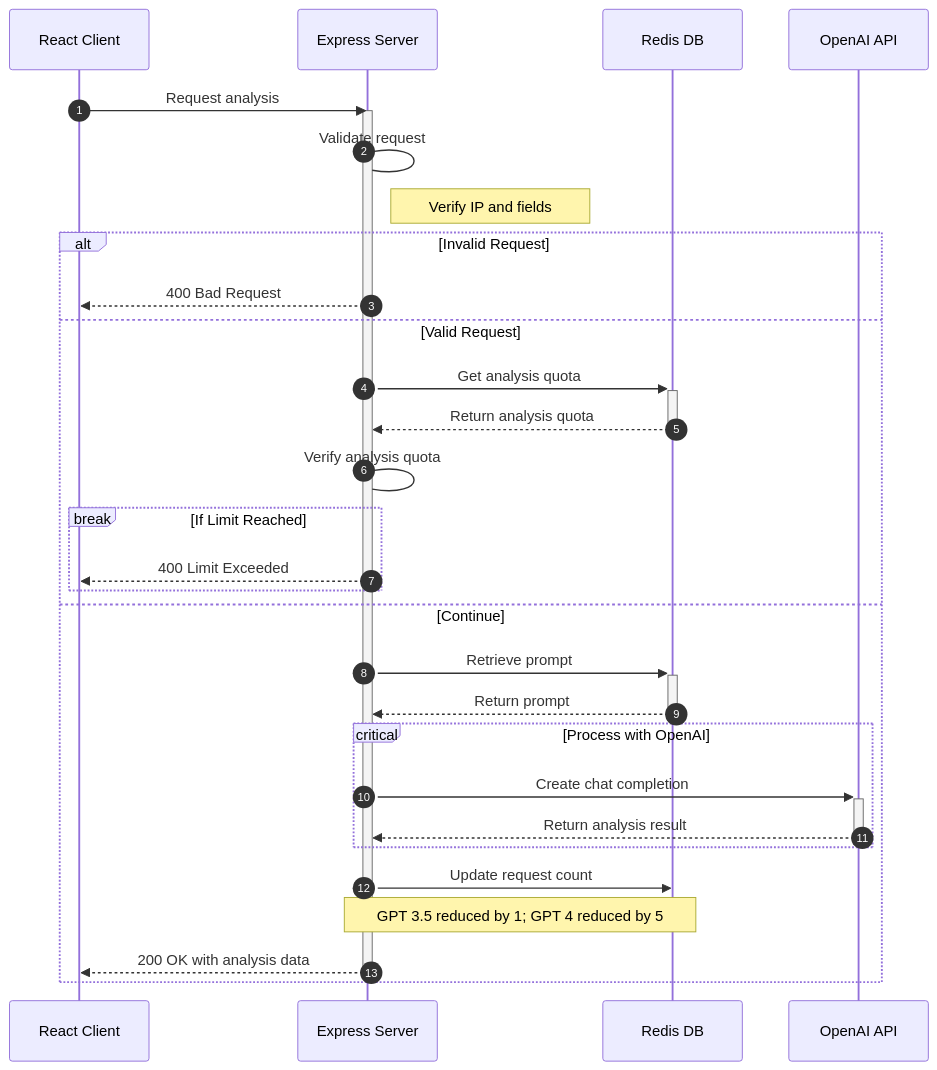
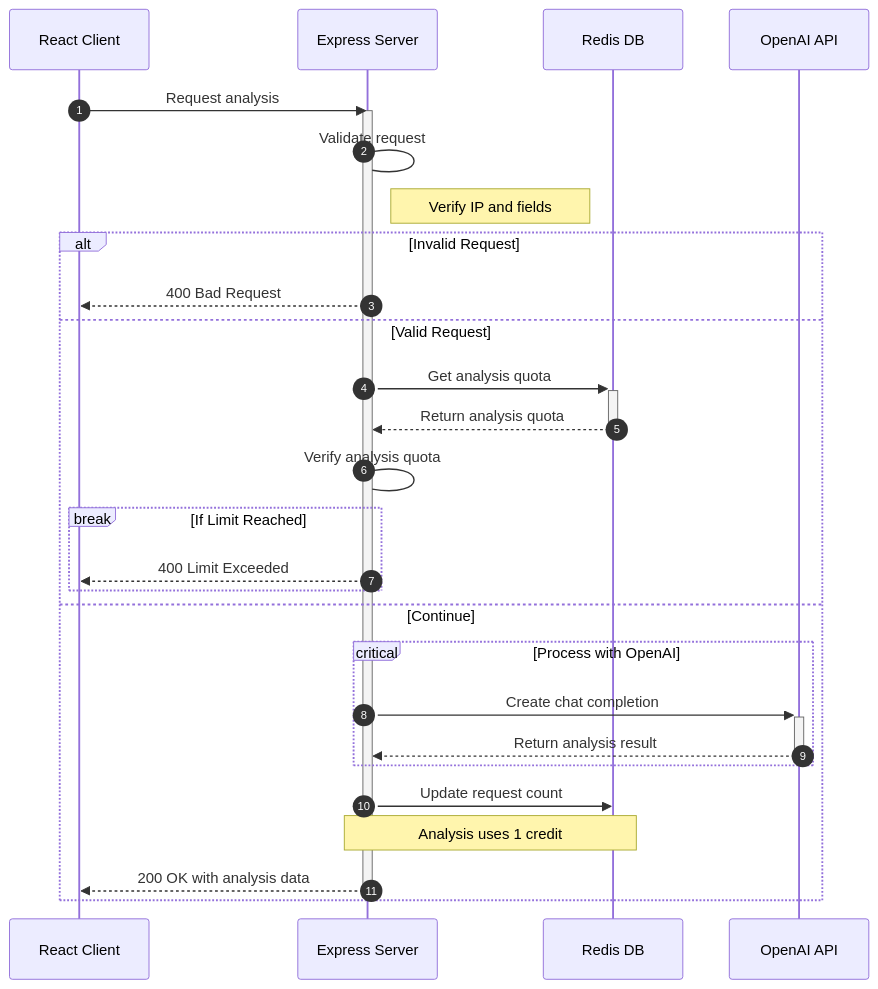
The diagram in README.en.md (romantech/syntax-analyzer), drawn with Mermaid before and after one commit. The commit also changed other lines of this file and 67 other files, not shown here.

````diff
--- a/README.en.md
+++ b/README.en.md
@@ -56,44 +56,41 @@
 ```mermaid
 sequenceDiagram
     autonumber
 
     participant C as React Client
     participant S as Express Server
     participant R as Redis DB
     participant O as OpenAI API
 
     C->>S: Request analysis #32;#32;
 
     activate S
 
     S->S: Validate request
     Note right of S: Verify IP and fields #32;
 
     alt Invalid Request
         S-->>C: 400 Bad Request
 
     else Valid Request
         S->>+R: Get analysis quota
         R-->>-S: Return analysis quota
         S->S: Verify analysis quota
 
         break If Limit Reached
             S-->>C: 400 Limit Exceeded
         end
 
         else Continue
-            S->>+R: Retrieve prompt
-            R-->>-S: Return prompt
-
             critical Process with OpenAI
                 S->>+O: Create chat completion
                 O-->>-S: Return analysis result
             end
 
             S->>R: Update request count
-            Note over S,R: GPT 3.5 reduced by 1#59; GPT 4 reduced by 5 #32;#32;#32;
+            Note over S,R: Analysis uses 1 credit
 
             S-->>C: 200 OK with analysis data
             deactivate S
     end
 ```
````
